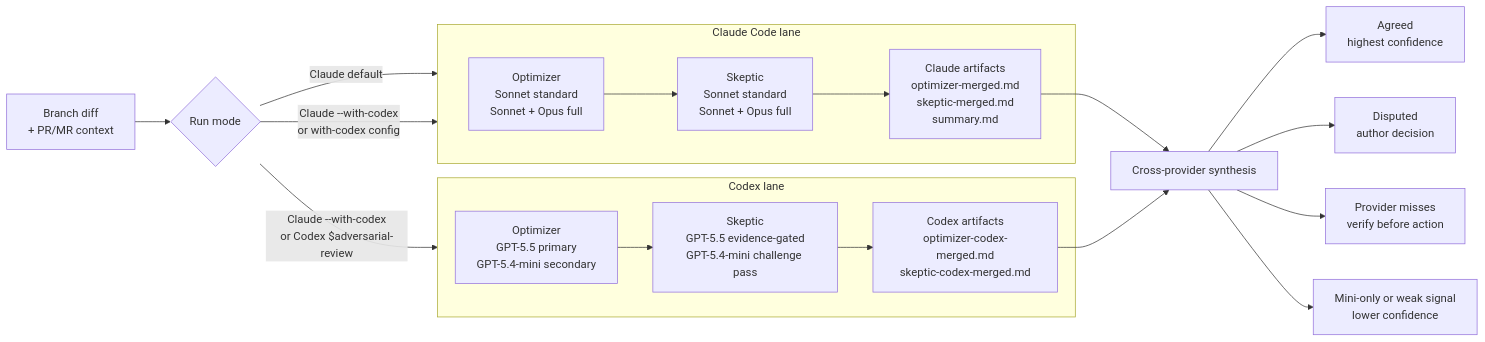
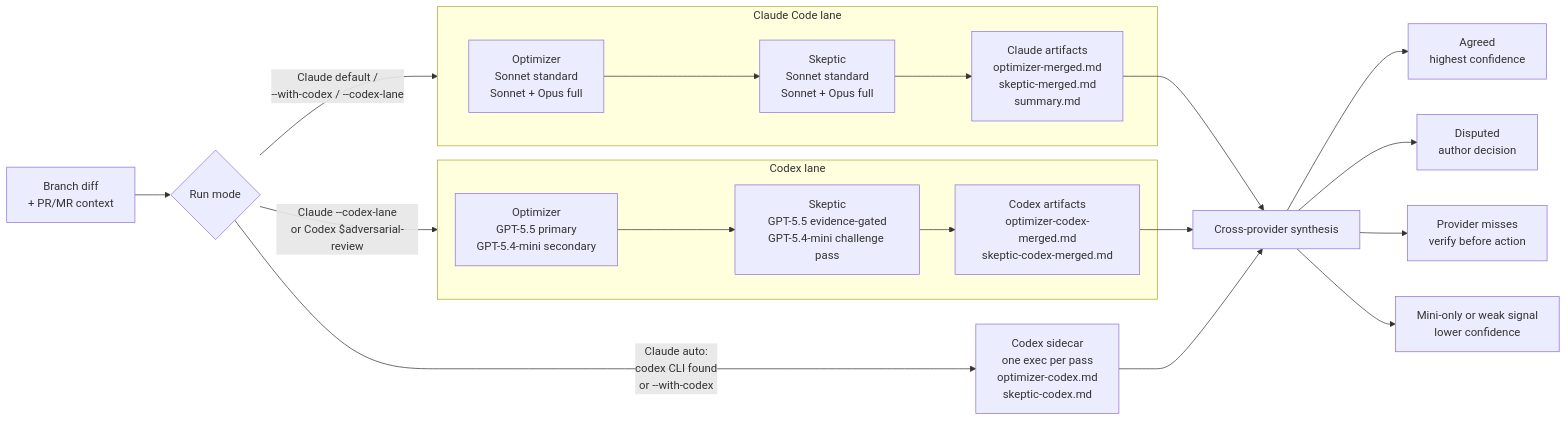
One commit to ng/adversarial-review changed the second of 3 diagrams in README.md. Above: the diagram before and after it, drawn with Mermaid. The commit also changed other lines of this file and 2 other files, not shown here.

First line of the commit message:
feat: drive the full Codex lane from the Claude plugin and default Codex on when available (#27)

````diff
--- a/README.md
+++ b/README.md
@@ -224,28 +241,29 @@
 ```mermaid
 flowchart LR
     Diff["Branch diff<br/>+ PR/MR context"] --> Mode{"Run mode"}
-    Mode -->|"Claude default"| ClaudeLane
-    Mode -->|"Claude --with-codex<br/>or with-codex config"| ClaudeLane
-    Mode -->|"Claude --with-codex<br/>or Codex $adversarial-review"| CodexLane
+    Mode -->|"Claude default /<br/>--with-codex / --codex-lane"| ClaudeLane
+    Mode -->|"Claude auto:<br/>codex CLI found<br/>or --with-codex"| Sidecar["Codex sidecar<br/>one exec per pass<br/>optimizer-codex.md<br/>skeptic-codex.md"]
+    Mode -->|"Claude --codex-lane<br/>or Codex $adversarial-review"| CodexLane
 
     subgraph ClaudeLane["Claude Code lane"]
         COpt["Optimizer<br/>Sonnet standard<br/>Sonnet + Opus full"]
         CSkp["Skeptic<br/>Sonnet standard<br/>Sonnet + Opus full"]
         CArt["Claude artifacts<br/>optimizer-merged.md<br/>skeptic-merged.md<br/>summary.md"]
         COpt --> CSkp --> CArt
     end
 
     subgraph CodexLane["Codex lane"]
         XOpt["Optimizer<br/>GPT-5.5 primary<br/>GPT-5.4-mini secondary"]
         XSkp["Skeptic<br/>GPT-5.5 evidence-gated<br/>GPT-5.4-mini challenge pass"]
         XArt["Codex artifacts<br/>optimizer-codex-merged.md<br/>skeptic-codex-merged.md"]
         XOpt --> XSkp --> XArt
     end
 
     CArt --> Cross["Cross-provider synthesis"]
     XArt --> Cross
+    Sidecar --> Cross
     Cross --> Agree["Agreed<br/>highest confidence"]
     Cross --> Dispute["Disputed<br/>author decision"]
     Cross --> Missed["Provider misses<br/>verify before action"]
     Cross --> Lower["Mini-only or weak signal<br/>lower confidence"]
 ```
````
